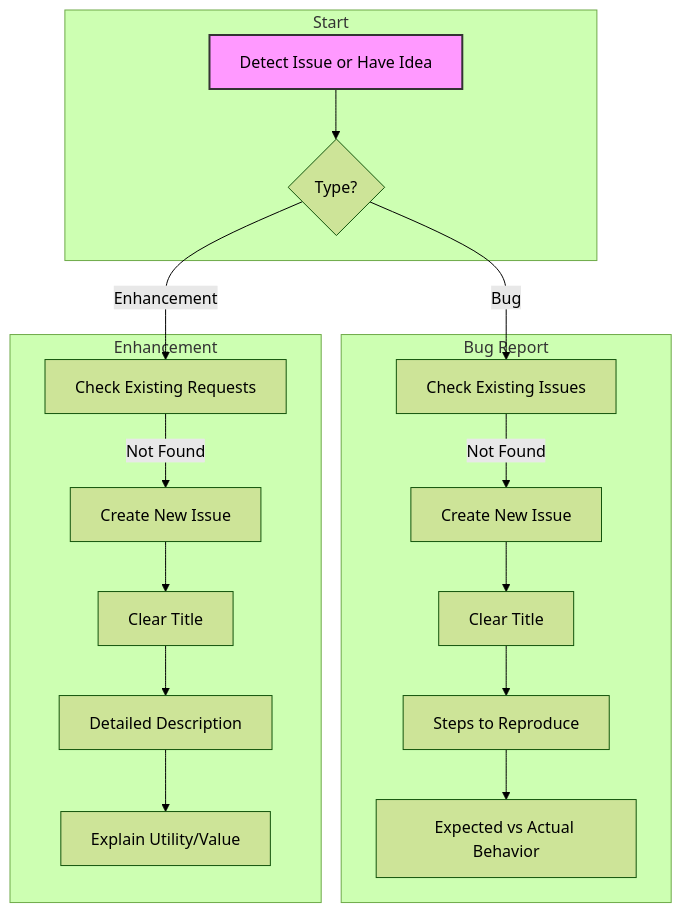
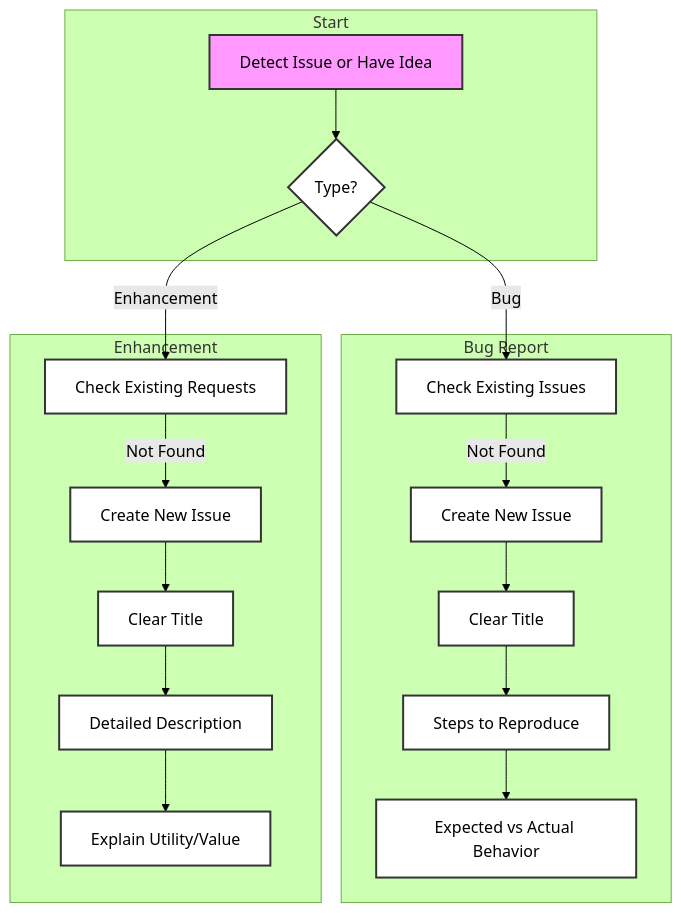
Before and after one commit to ranveerminhas0/nxtgencore: the first of 2 diagrams in CONTRIBUTING.md, drawn with Mermaid (forest theme). The commit also changed other lines of this file, not shown here.

````diff
--- a/CONTRIBUTING.md
+++ b/CONTRIBUTING.md
@@ -15,24 +15,27 @@
 ```mermaid
 graph TD
+    classDef default fill:#fff,stroke:#333,stroke-width:2px,color:#000;
+    
     subgraph "Start"
         A[Detect Issue or Have Idea] --> B{Type?}
     end
 
     subgraph "Bug Report"
         B -->|Bug| C[Check Existing Issues]
         C -->|Not Found| D[Create New Issue]
         D --> D1[Clear Title]
         D1 --> D2[Steps to Reproduce]
         D2 --> D3[Expected vs Actual Behavior]
     end
 
     subgraph "Enhancement"
         B -->|Enhancement| E[Check Existing Requests]
         E -->|Not Found| F[Create New Issue]
         F --> F1[Clear Title]
         F1 --> F2[Detailed Description]
         F2 --> F3[Explain Utility/Value]
     end
 
-    style A fill:#f9f,stroke:#333,stroke-width:2px
+    class A,B,C,D,D1,D2,D3,E,F,F1,F2,F3 default;
+    style A fill:#f9f,stroke:#333,stroke-width:2px,color:#000
 ```
````
